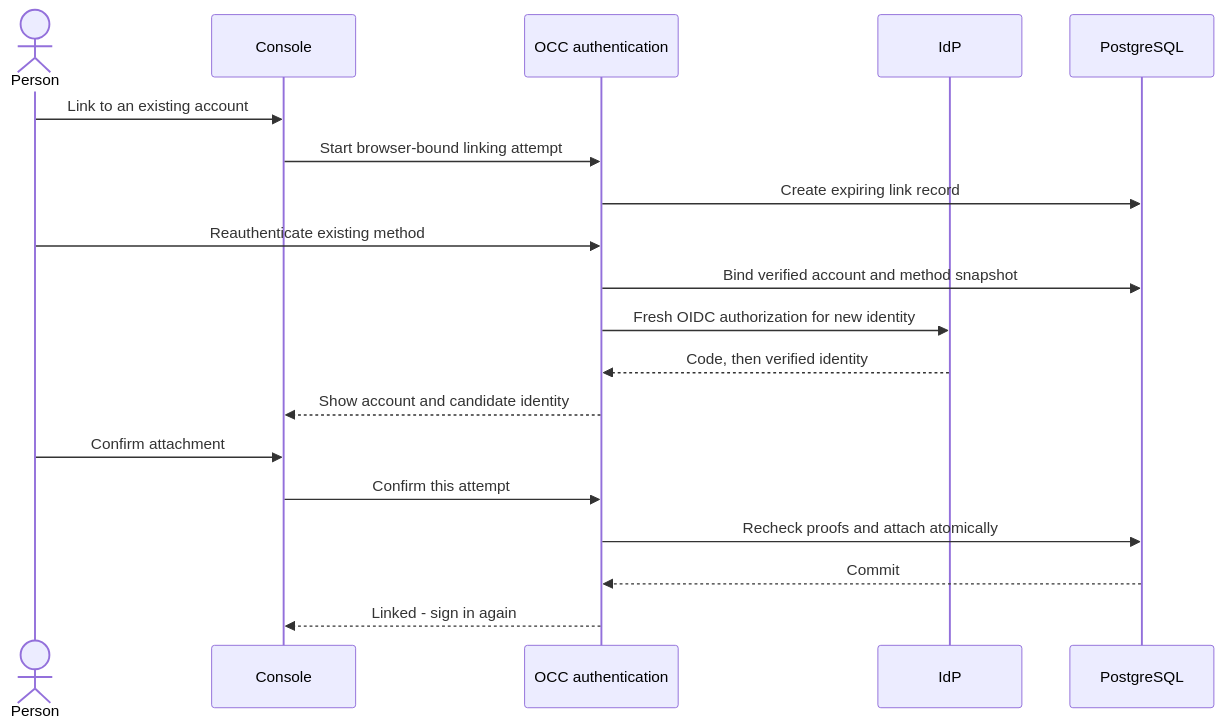
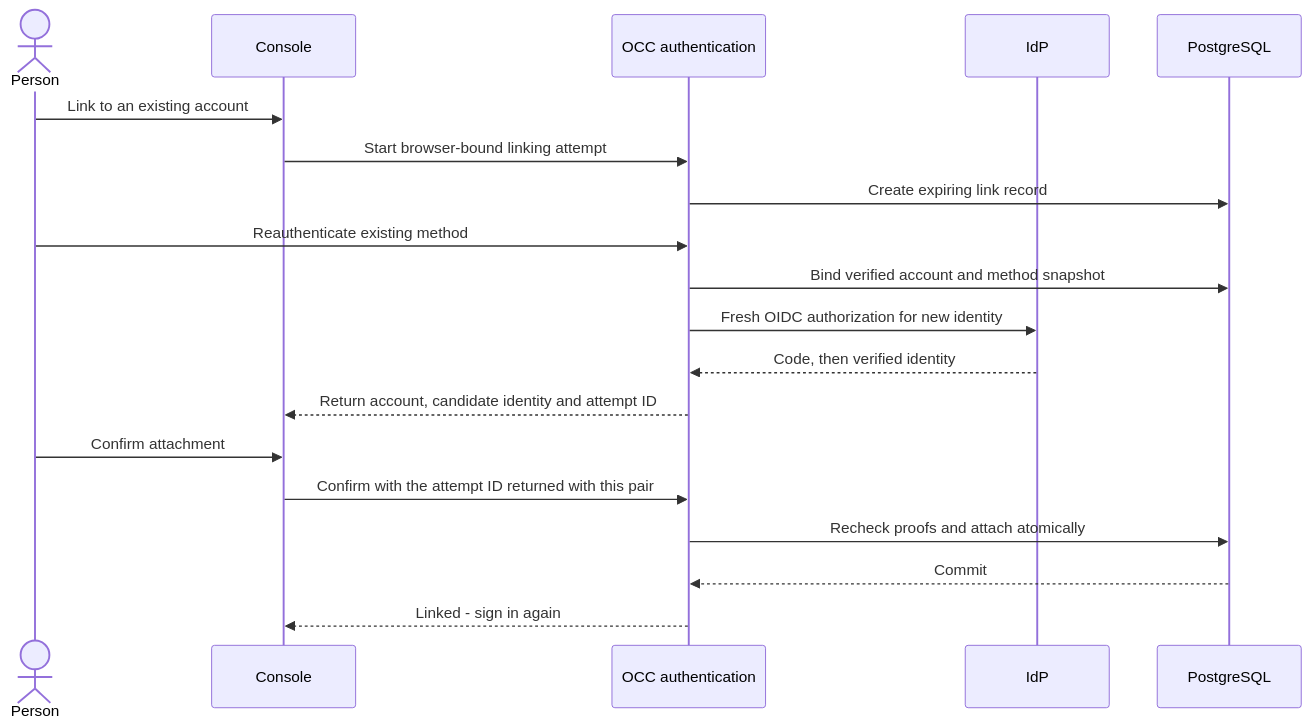
Before and after one commit to openclaw/openclaw-enterprise: the diagram in specs/rfcs/0034-oidc-account-linking.md, drawn with Mermaid. The commit also changed other lines of this file and 1 other file, not shown here.

Commit message:
Bind OIDC linking consent to the pair shown in the Console (RFC-0034)

````diff
--- a/specs/rfcs/0034-oidc-account-linking.md
+++ b/specs/rfcs/0034-oidc-account-linking.md
@@ -117,21 +120,21 @@
 ```mermaid
 sequenceDiagram
   actor Person
   participant Console
   participant Auth as OCC authentication
   participant IdP
   participant Store as PostgreSQL
   Person->>Console: Link to an existing account
   Console->>Auth: Start browser-bound linking attempt
   Auth->>Store: Create expiring link record
   Person->>Auth: Reauthenticate existing method
   Auth->>Store: Bind verified account and method snapshot
   Auth->>IdP: Fresh OIDC authorization for new identity
   IdP-->>Auth: Code, then verified identity
-  Auth-->>Console: Show account and candidate identity
+  Auth-->>Console: Return account, candidate identity and attempt ID
   Person->>Console: Confirm attachment
-  Console->>Auth: Confirm this attempt
+  Console->>Auth: Confirm with the attempt ID returned with this pair
   Auth->>Store: Recheck proofs and attach atomically
   Store-->>Auth: Commit
   Auth-->>Console: Linked - sign in again
 ```
````
